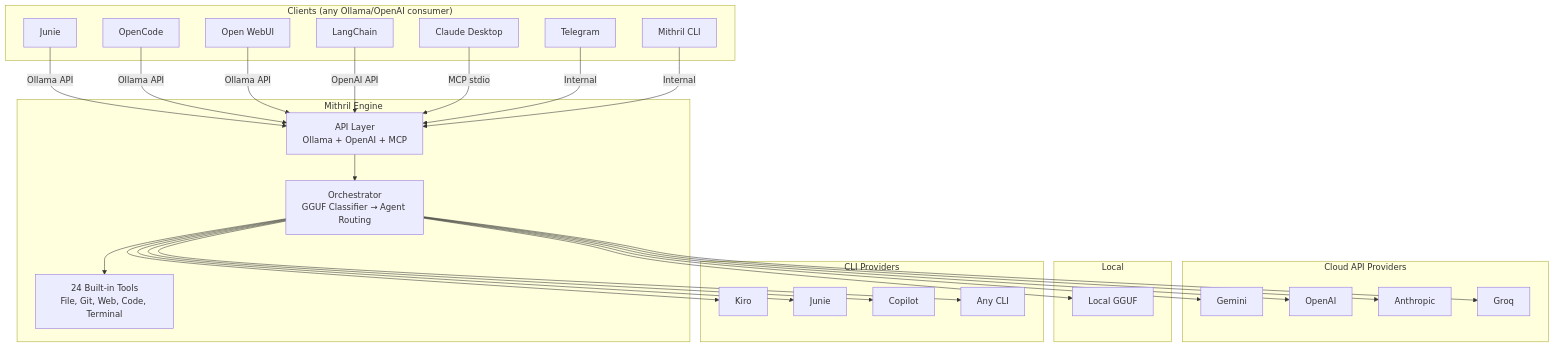
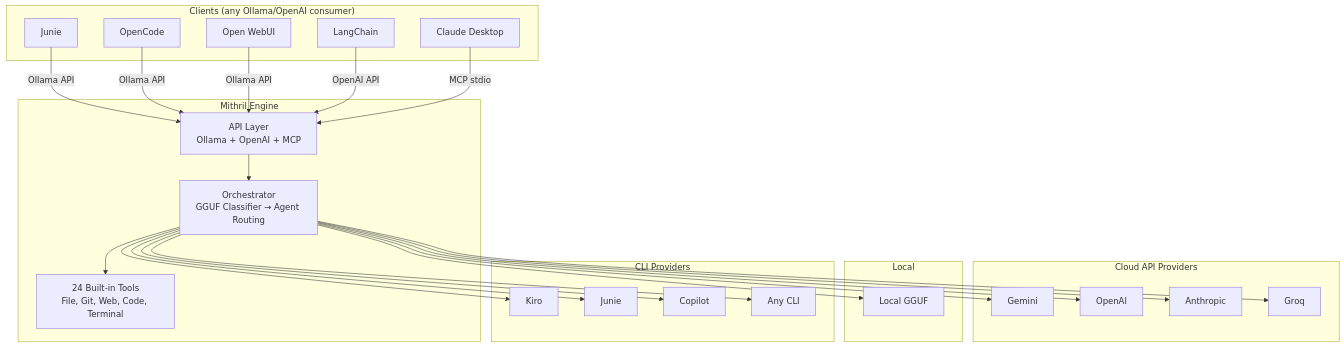
The diagram in README.md (GiacomoSaccaggi/Mithril), drawn with Mermaid before and after one commit. The commit also changed other lines of this file and 33 other files, not shown here.

````diff
--- a/README.md
+++ b/README.md
@@ -73,56 +76,52 @@
 ```mermaid
 graph TB
     subgraph "Clients (any Ollama/OpenAI consumer)"
         J[Junie]
         O[OpenCode]
         W[Open WebUI]
         L[LangChain]
         C[Claude Desktop]
-        T[Telegram]
-        CLI[Mithril CLI]
     end
 
     subgraph "Mithril Engine"
         API[API Layer<br/>Ollama + OpenAI + MCP]
         ORCH[Orchestrator<br/>GGUF Classifier → Agent Routing]
         TOOLS[24 Built-in Tools<br/>File, Git, Web, Code, Terminal]
     end
 
     subgraph "Cloud API Providers"
         G[Gemini]
         GPT[OpenAI]
         A[Anthropic]
         GR[Groq]
     end
 
     subgraph "Local"
         LOCAL[Local GGUF]
     end
 
     subgraph "CLI Providers"
         K[Kiro]
         JN[Junie]
         COP[Copilot]
         ANY[Any CLI]
     end
 
     J -->|Ollama API| API
     O -->|Ollama API| API
     W -->|Ollama API| API
     L -->|OpenAI API| API
     C -->|MCP stdio| API
-    T -->|Internal| API
-    CLI -->|Internal| API
 
     API --> ORCH
     ORCH --> G
     ORCH --> GPT
     ORCH --> A
     ORCH --> GR
     ORCH --> LOCAL
     ORCH --> K
     ORCH --> JN
     ORCH --> COP
     ORCH --> ANY
     ORCH --> TOOLS
 ```
````
